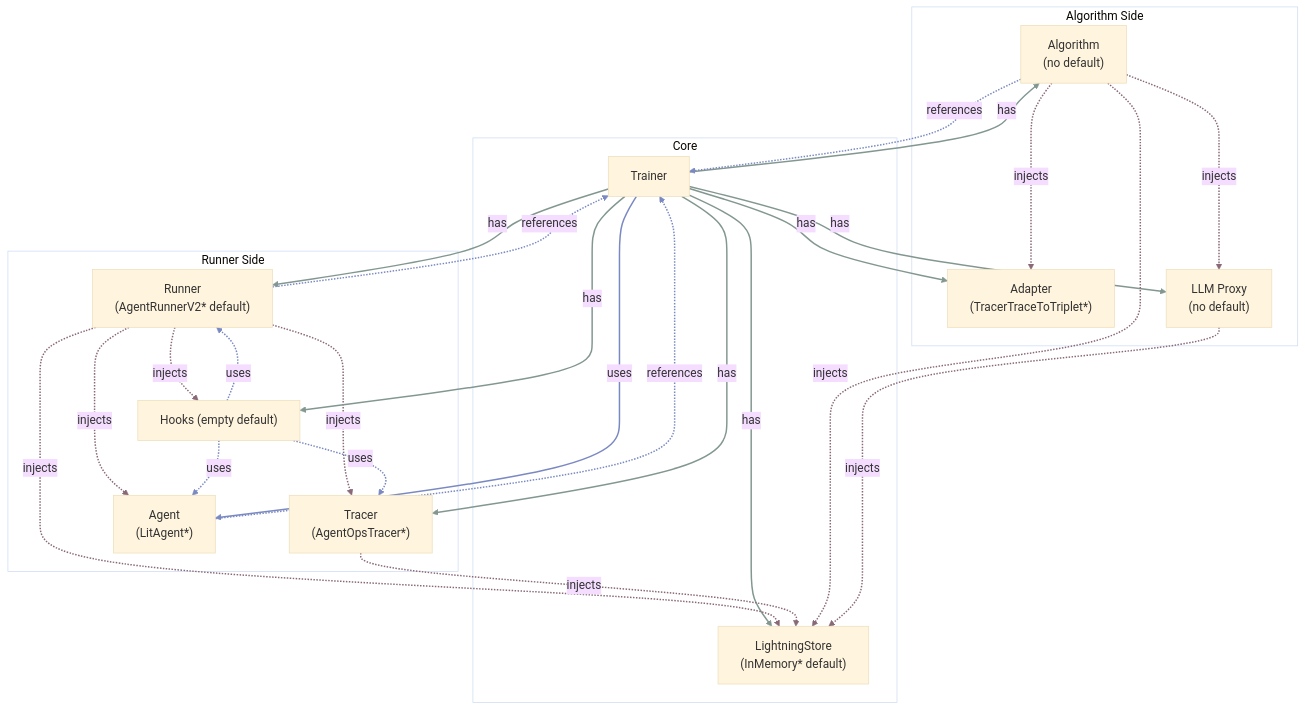
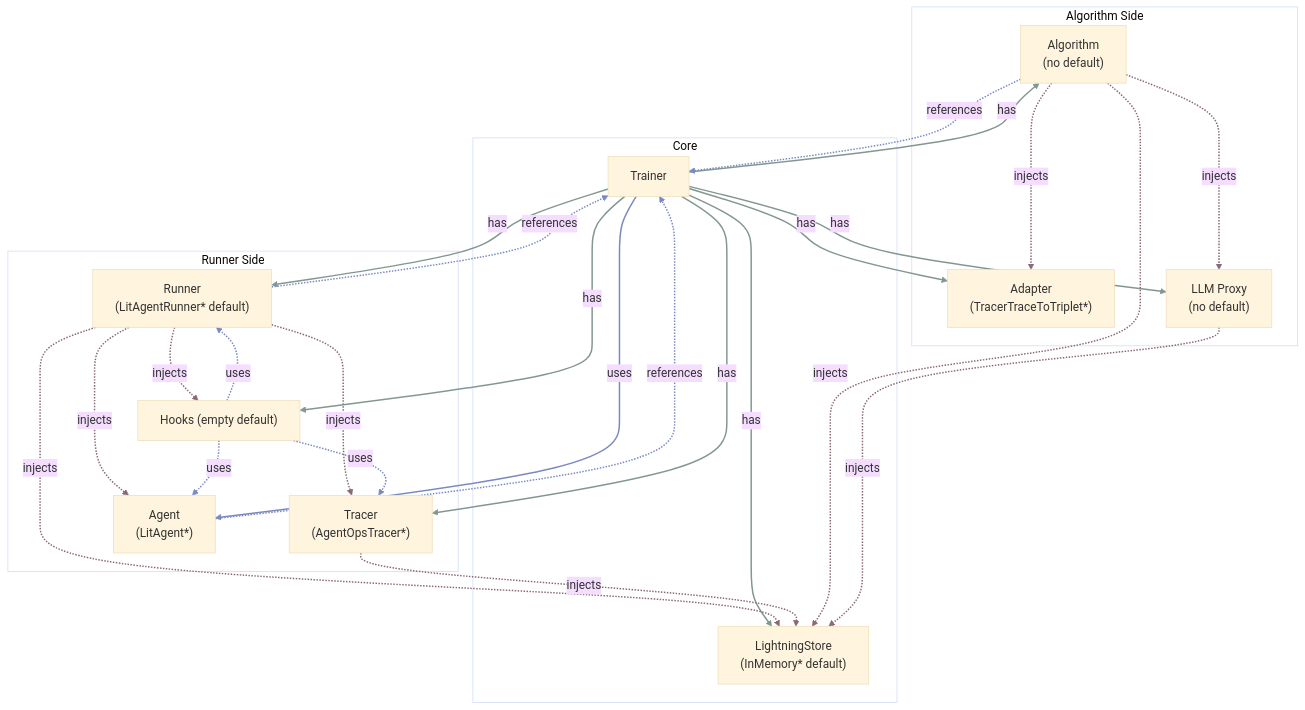
The sixth of 11 diagrams in docs/deep-dive/birds-eye-view.md (microsoft/agent-lightning), drawn with Mermaid (base theme) before and after one commit. The commit also changed 11 other files, not shown here.

Commit message:
rename agent runner

````diff
--- a/docs/deep-dive/birds-eye-view.md
+++ b/docs/deep-dive/birds-eye-view.md
@@ -235,59 +235,59 @@
 ```mermaid
 flowchart TD
     %% === Left side: Algorithm domain ===
     subgraph L["Algorithm Side"]
         Algorithm["Algorithm<br>(no default)"]
         Adapter["Adapter<br>(TracerTraceToTriplet*)"]
         LLMProxy["LLM Proxy<br>(no default)"]
         Algorithm -.injects.-> Adapter
         Algorithm -.injects.-> LLMProxy
     end
     linkStyle 0,1 stroke:#896978,stroke-width:2px;
 
     %% === Middle: Core trainer and store ===
     subgraph M["Core"]
         Trainer["Trainer"]
         Store["LightningStore<br>(InMemory* default)"]
         Trainer --has--> Algorithm
         Trainer --has--> Store
         Trainer --has--> Adapter
         Trainer --has--> LLMProxy
     end
     linkStyle 2,3,4,5 stroke:#839791,stroke-width:2px;
 
     %% === Right side: Runner side ===
     subgraph R["Runner Side"]
-        Runner["Runner<br>(AgentRunnerV2* default)"]
+        Runner["Runner<br>(LitAgentRunner* default)"]
         Tracer["Tracer<br>(AgentOpsTracer*)"]
         Hooks["Hooks (empty default)"]
         Agent["Agent<br>(LitAgent*)"]
         Runner -.injects.-> Tracer
         Runner -.injects.-> Store
         Runner -.injects.-> Agent
         Runner -.injects.-> Hooks
         Tracer -.injects.-> Store
         Hooks -.uses.-> Runner
         Hooks -.uses.-> Agent
         Hooks -.uses.-> Tracer
     end
     linkStyle 6,7,8,9,10 stroke:#896978,stroke-width:2px;
     linkStyle 11,12,13 stroke:#7a89c2,stroke-width:2px;
 
     %% === Cross-section connections ===
     Trainer --has--> Runner
     Trainer --has--> Tracer
     Trainer --has--> Hooks
     Trainer --uses--> Agent
     Algorithm -.injects.-> Store
     LLMProxy -.injects.-> Store
     Agent -.references.-> Trainer
     Runner -.references.-> Trainer
     Algorithm -.references.-> Trainer
     linkStyle 14,15,16 stroke:#839791,stroke-width:2px;
     linkStyle 17,20,21,22 stroke:#7a89c2,stroke-width:2px;
     linkStyle 18,19 stroke:#896978,stroke-width:2px;
 
     style L fill:none;
     style M fill:none;
     style R fill:none;
 ```
````
